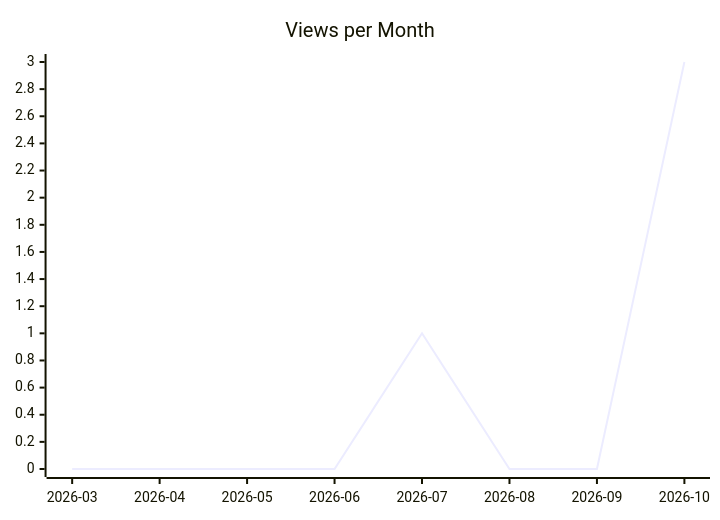
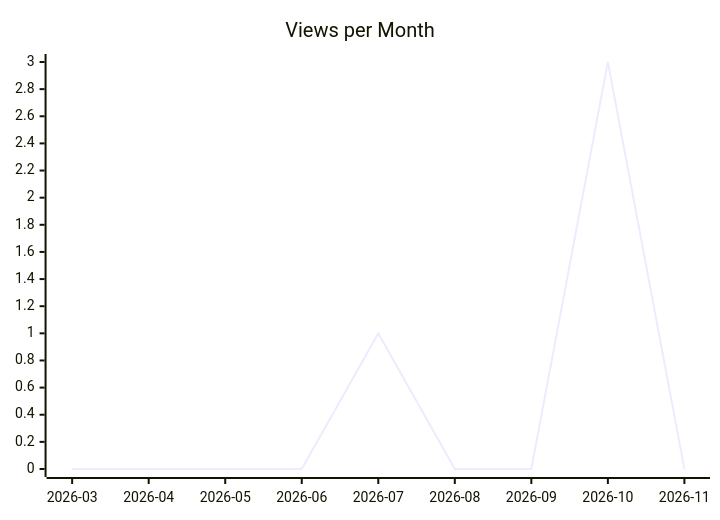
The second of 3 diagrams in karlmdavis/hello-rust-actix/README.md (justdavis-family/github-analytics-data), drawn with Mermaid before and after one commit. The commit also changed other lines of this file and 201 other files, not shown here.

````diff
--- a/karlmdavis/hello-rust-actix/README.md
+++ b/karlmdavis/hello-rust-actix/README.md
@@ -12,6 +12,6 @@
 ```mermaid
 xychart-beta
   title "Views per Month"
-  x-axis ["2026-03", "2026-04", "2026-05", "2026-06", "2026-07", "2026-08", "2026-09", "2026-10"]
-  line [0, 0, 0, 0, 1, 0, 0, 3]
+  x-axis ["2026-03", "2026-04", "2026-05", "2026-06", "2026-07", "2026-08", "2026-09", "2026-10", "2026-11"]
+  line [0, 0, 0, 0, 1, 0, 0, 3, 0]
 ```
````
